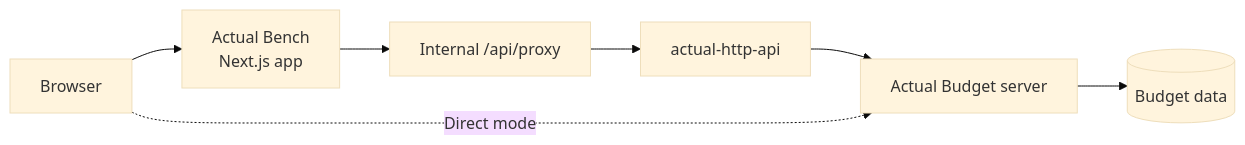
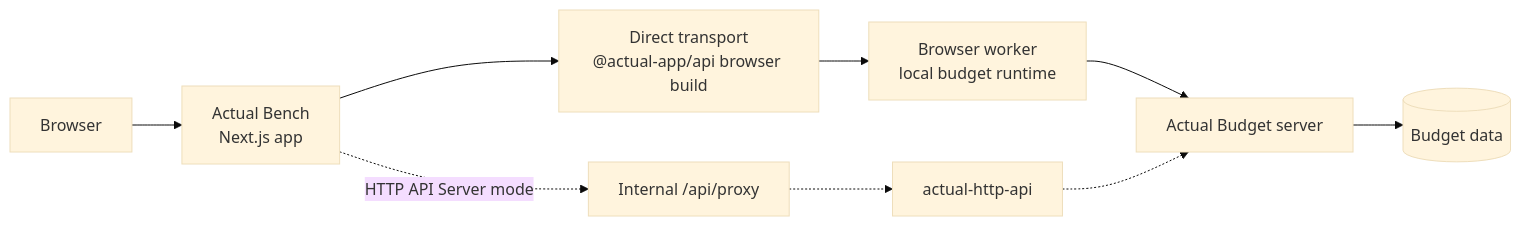
Before and after one commit to x-rous/actual-bench: the diagram in README.md, drawn with Mermaid (base theme). The commit also changed other lines of this file and 14 other files, not shown here.

Commit message:
feat: enable Direct ActualQL query console

````diff
--- a/README.md
+++ b/README.md
@@ -162,16 +162,20 @@
 ```mermaid
 flowchart LR
   Browser[Browser]
   App["Actual Bench<br/>Next.js app"]
-  Proxy[Internal /api/proxy]
+  Direct["Direct transport<br/>@actual-app/api browser build"]
+  Worker["Browser worker<br/>local budget runtime"]
+  Proxy["Internal /api/proxy"]
   API[actual-http-api]
   Actual[Actual Budget server]
   Budget[(Budget data)]
 
   Browser --> App
-  App --> Proxy
-  Proxy --> API
-  API --> Actual
-  Browser -. Direct mode .-> Actual
+  App --> Direct
+  Direct --> Worker
+  Worker --> Actual
+  App -. HTTP API Server mode .-> Proxy
+  Proxy -.-> API
+  API -.-> Actual
   Actual --> Budget
 ```
````
